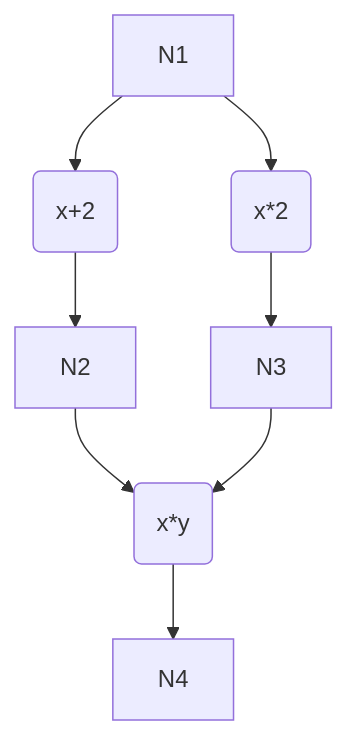
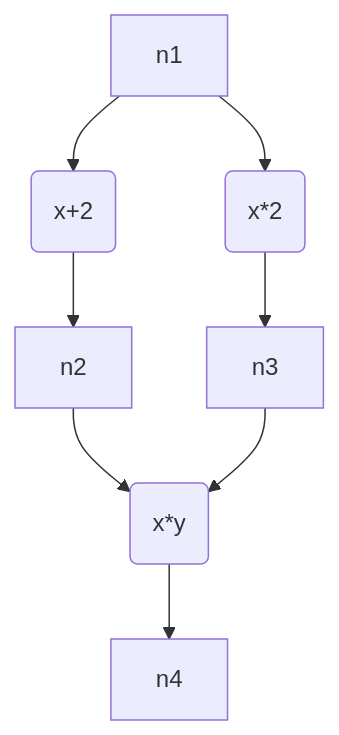
The diagram in README.md (akiradeveloper/csplib), drawn with Mermaid before and after one commit.

````diff
--- a/README.md
+++ b/README.md
@@ -3,10 +3,10 @@
 ```mermaid
 flowchart TD
-  N1 --> P1(x+2)
-  N1 --> P2(x*2)
-  P1 --> N2
-  P2 --> N3
-  N2 --> P4(x*y)
-  N3 --> P4
-  P4 --> N4
+  n1 --> P1(x+2)
+  n1 --> P2(x*2)
+  P1 --> n2
+  P2 --> n3
+  n2 --> P4(x*y)
+  n3 --> P4
+  P4 --> n4
 ```
````
